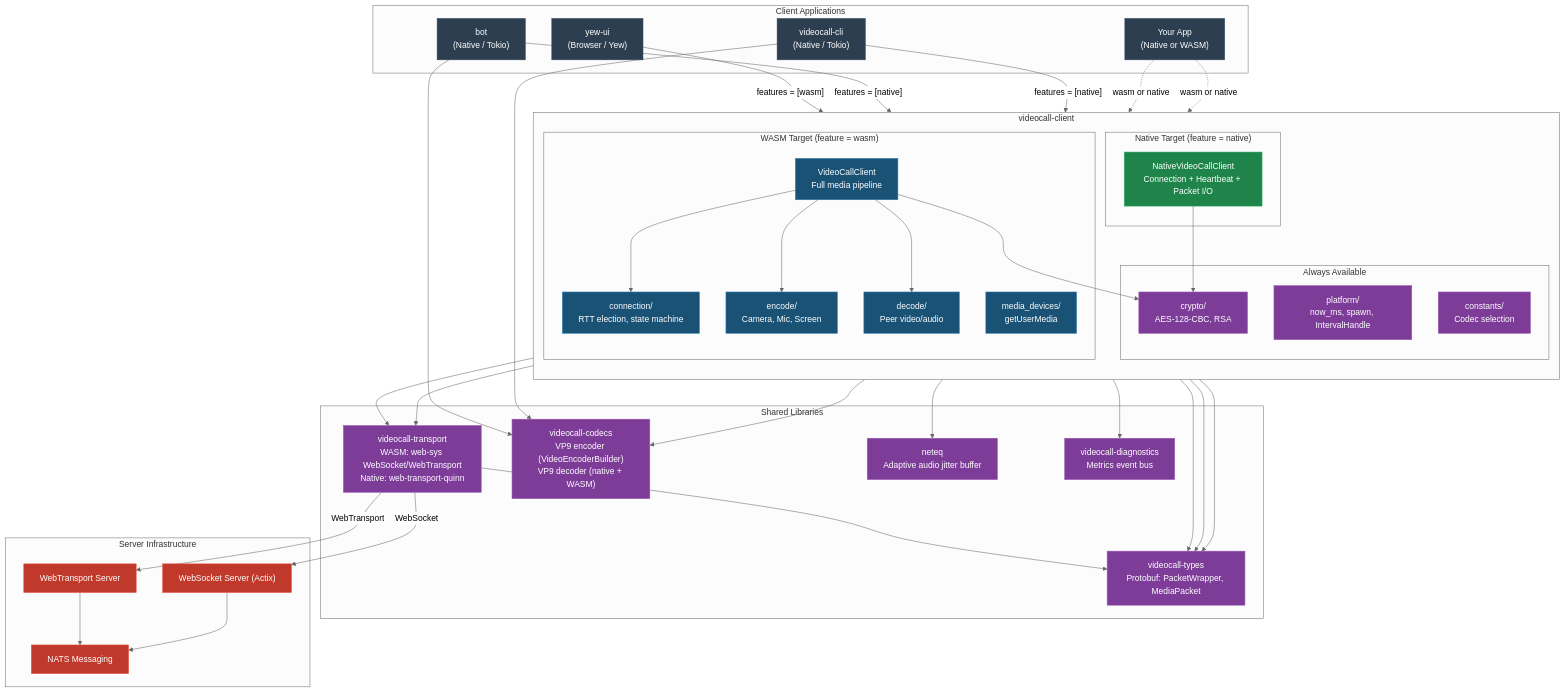
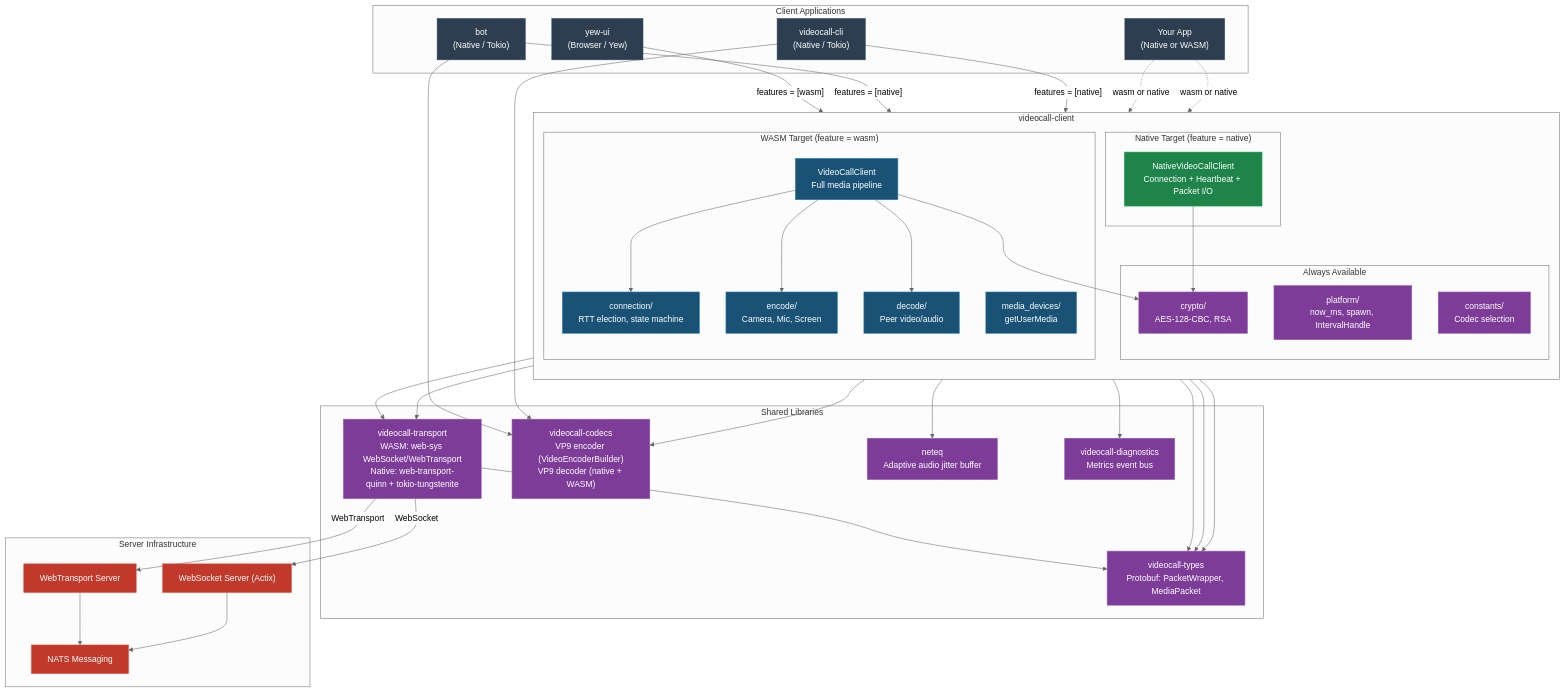
One commit to security-union/videocall-rs changed the fifth of 9 diagrams in ARCHITECTURE.md. Above: the diagram before and after it, drawn with Mermaid (neutral theme). The commit also changed 5 other files, not shown here.

First line of the commit message:
feat: add native WebSocket support via tokio-tungstenite

```diff
--- a/ARCHITECTURE.md
+++ b/ARCHITECTURE.md
@@ -235,7 +235,7 @@
 
     subgraph "Shared Libraries"
         Types["videocall-types<br/>Protobuf: PacketWrapper, MediaPacket"]
-        Transport["videocall-transport<br/>WASM: web-sys WebSocket/WebTransport<br/>Native: web-transport-quinn"]
+        Transport["videocall-transport<br/>WASM: web-sys WebSocket/WebTransport<br/>Native: web-transport-quinn + tokio-tungstenite"]
         Codecs["videocall-codecs<br/>VP9 encoder (VideoEncoderBuilder)<br/>VP9 decoder (native + WASM)"]
         NetEq["neteq<br/>Adaptive audio jitter buffer"]
         Diag["videocall-diagnostics<br/>Metrics event bus"]
```
